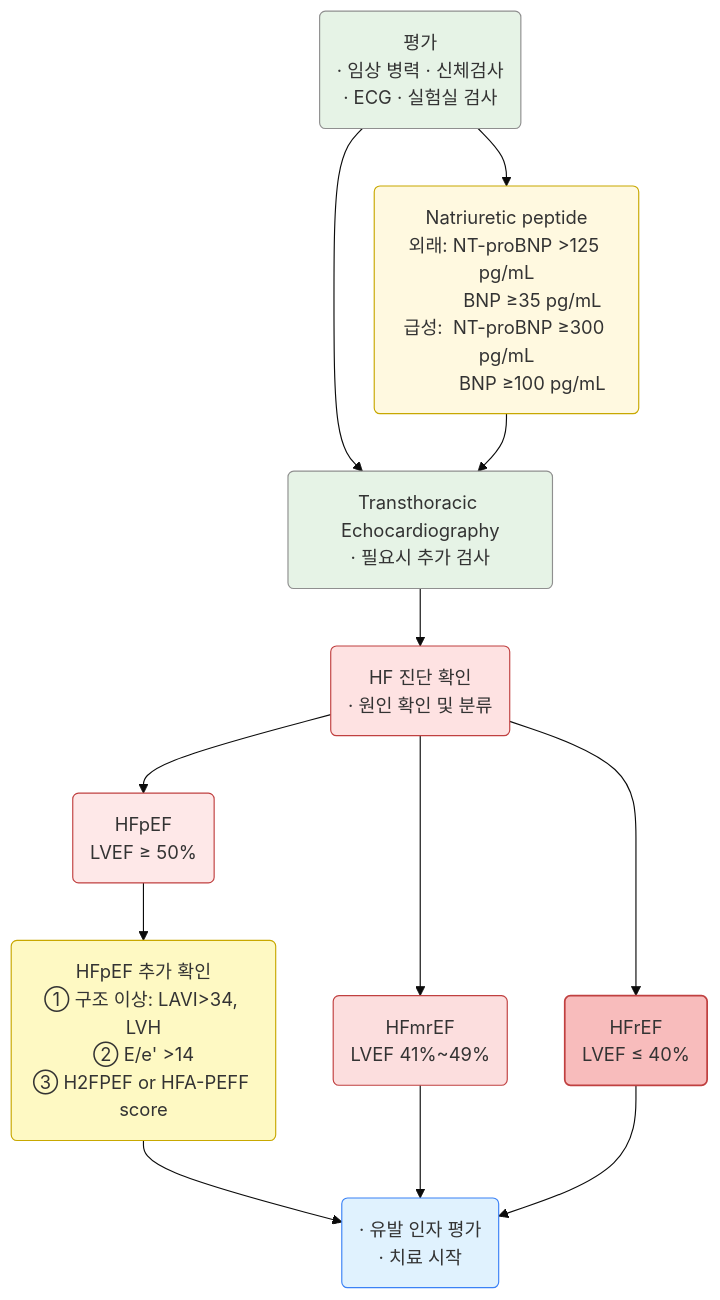
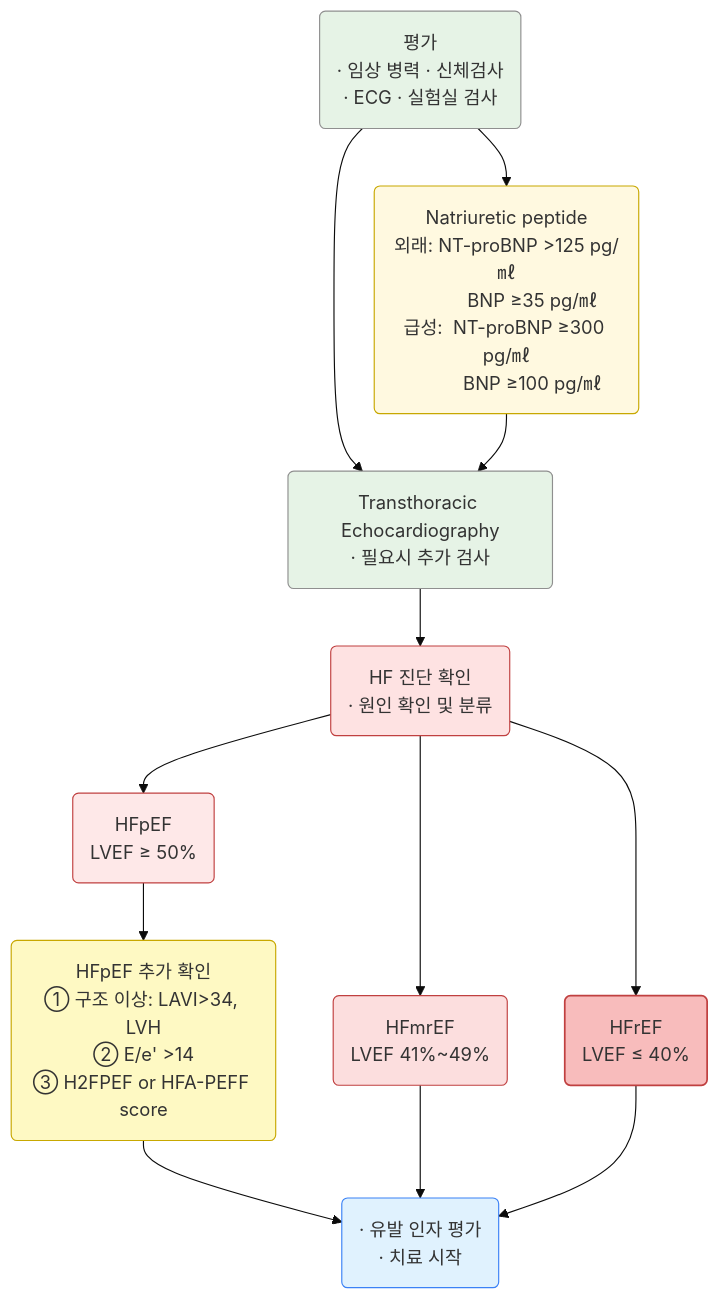
The first of 6 diagrams in 225_/098_-heart-failure.md (familyoh77/familyoh77), drawn with Mermaid (base theme) before and after one commit. The commit also changed other lines of this file, not shown here.

````diff
--- a/225_/098_-heart-failure.md
+++ b/225_/098_-heart-failure.md
@@ -118,41 +112,41 @@
 ```mermaid
 graph TD
     A("평가\n· 임상 병력 · 신체검사\n· ECG · 실험실 검사")
     style A fill:#e6f3e6,stroke:#8f8f8f,stroke-width:1px
 
-    B("Natriuretic peptide\n외래: NT-proBNP >125 pg/mL\n          BNP ≥35 pg/mL\n급성:  NT-proBNP ≥300 pg/mL\n          BNP ≥100 pg/mL")
+    B("Natriuretic peptide\n외래: NT-proBNP >125 pg/㎖\n          BNP ≥35 pg/㎖\n급성:  NT-proBNP ≥300 pg/㎖\n          BNP ≥100 pg/㎖")
     style B fill:#fff9e0,stroke:#c8a800,stroke-width:1px
 
     C("Transthoracic Echocardiography\n· 필요시 추가 검사")
     style C fill:#e6f3e6,stroke:#8f8f8f,stroke-width:1px
 
     D("HF 진단 확인\n· 원인 확인 및 분류")
     style D fill:#fee2e2,stroke:#c04040,stroke-width:1px
 
     G("HFrEF\nLVEF ≤ 40%")
     style G fill:#f8bcbc,stroke:#c04040,stroke-width:1.5px
 
     F("HFmrEF\nLVEF 41%~49%")
     style F fill:#fcdede,stroke:#c04040,stroke-width:1px
 
     E("HFpEF\nLVEF ≥ 50%")
     style E fill:#fee8e8,stroke:#c04040,stroke-width:1px
 
     HFPEF_DIAG("HFpEF 추가 확인\n① 구조 이상: LAVI>34, LVH\n② E/e' >14\n③ H2FPEF or HFA-PEFF score")
     style HFPEF_DIAG fill:#fef9c3,stroke:#c8a800,stroke-width:1px
 
     H("· 유발 인자 평가\n· 치료 시작")
     style H fill:#e0f2fe,stroke:#3b82f6,stroke-width:1px
 
     A --> B
     A --> C
     B --> C
     C --> D
     D --> G
     D --> F
     D --> E
     E --> HFPEF_DIAG
     HFPEF_DIAG --> H
     F --> H
     G --> H
 ```
````
